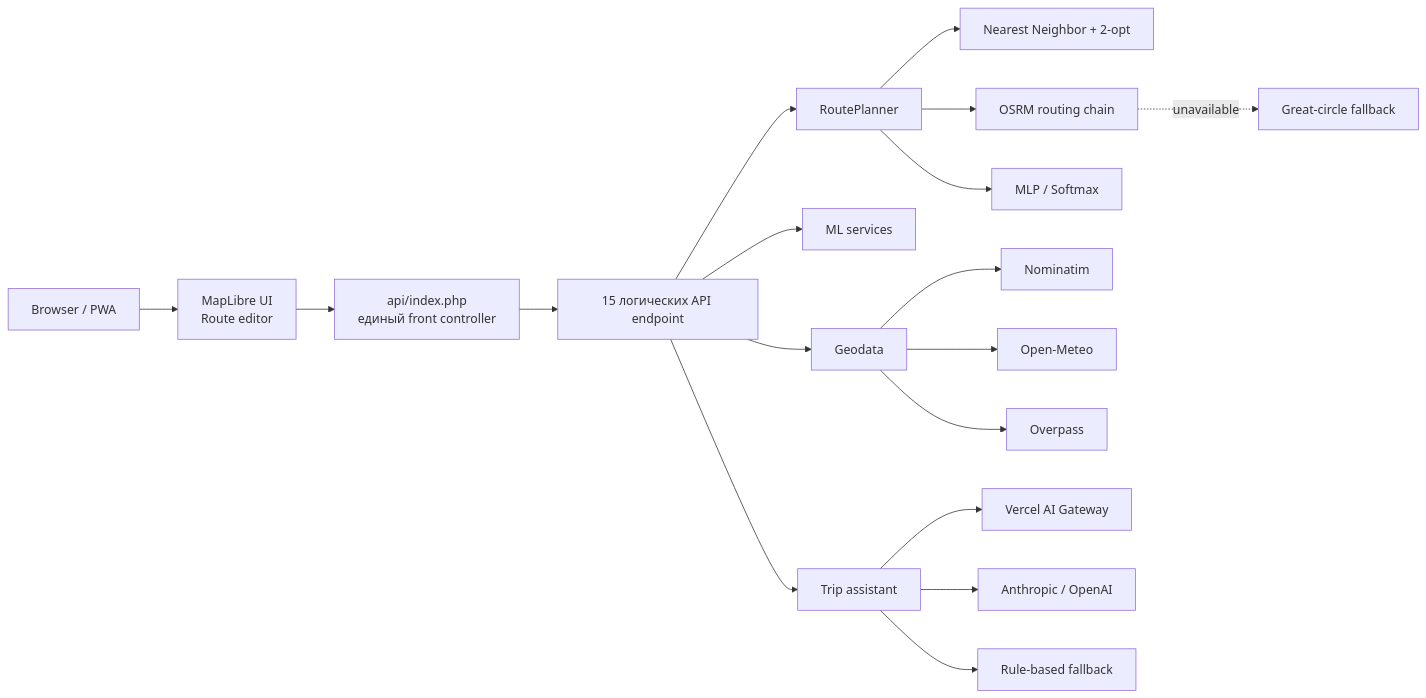
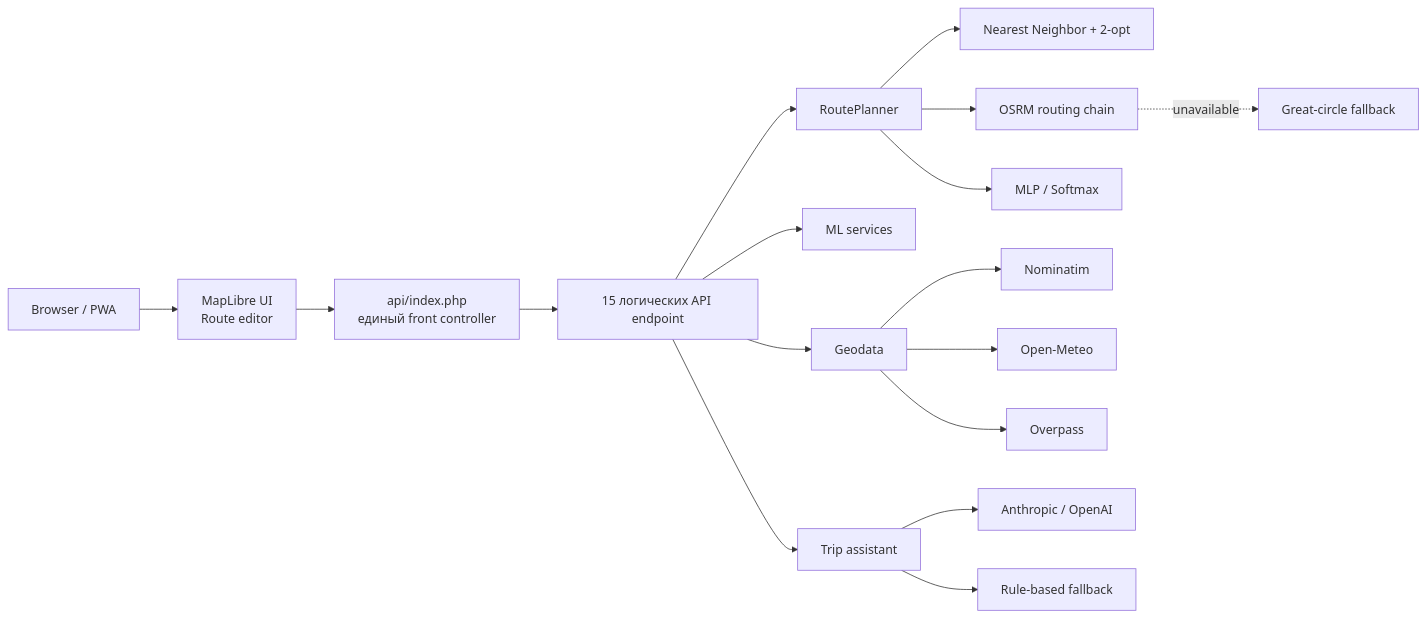
One commit to ViolettaNcl/smart-route-planner changed the diagram in README.ru.md. Above: the diagram before and after it, drawn with Mermaid. The commit also changed other lines of this file and 46 other files, not shown here.

````diff
--- a/README.ru.md
+++ b/README.ru.md
@@ -49,20 +49,19 @@
 ```mermaid
 flowchart LR
     U[Browser / PWA] --> UI[MapLibre UI<br/>Route editor]
     UI --> FC[api/index.php<br/>единый front controller]
     FC --> EP[15 логических API endpoint]
     EP --> RP[RoutePlanner]
     EP --> ML[ML services]
     EP --> GEO[Geodata]
     EP --> AI[Trip assistant]
     RP --> OPT[Nearest Neighbor + 2-opt]
     RP --> OSRM[OSRM routing chain]
     RP --> PRED[MLP / Softmax]
     GEO --> NOM[Nominatim]
     GEO --> MET[Open-Meteo]
     GEO --> OVP[Overpass]
-    AI --> GW[Vercel AI Gateway]
     AI --> DIRECT[Anthropic / OpenAI]
     AI --> RULES[Rule-based fallback]
     OSRM -. unavailable .-> FALL[Great-circle fallback]
 ```
````
